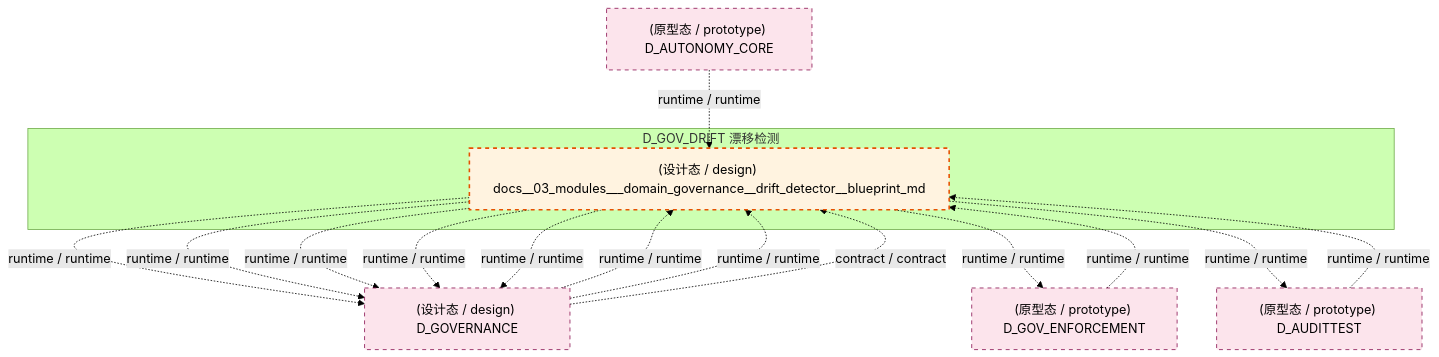
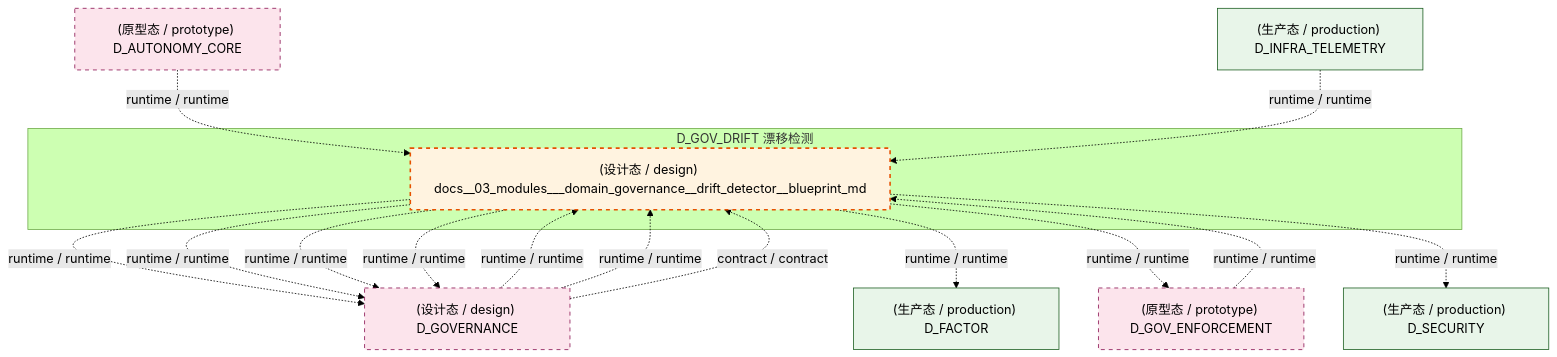
The first of 3 diagrams in docs/02_enterprise_architecture/02_domain_architecture_docs/34_d_gov_drift.md (xuanFelixVan/ZephyrAlpha), drawn with Mermaid (forest theme) before and after one commit. The commit also changed other lines of this file and 99 other files, not shown here.

````diff
--- a/docs/02_enterprise_architecture/02_domain_architecture_docs/34_d_gov_drift.md
+++ b/docs/02_enterprise_architecture/02_domain_architecture_docs/34_d_gov_drift.md
@@ -64,29 +64,32 @@
 ```mermaid
 graph TD
     subgraph D_GOV_DRIFT["D_GOV_DRIFT 漂移检测"]
         docs_03_modules_domain_governance_drift_detector_blueprint_md["(设计态 / design) docs__03_modules___domain_governance__drift_detector__blueprint_md"]
     end
     D_GOVERNANCE["(设计态 / design) D_GOVERNANCE"]
     docs_03_modules_domain_governance_drift_detector_blueprint_md -.->|runtime / runtime| D_GOVERNANCE
-    docs_03_modules_domain_governance_drift_detector_blueprint_md -.->|runtime / runtime| D_GOVERNANCE
+    D_FACTOR["(生产态 / production) D_FACTOR"]
+    docs_03_modules_domain_governance_drift_detector_blueprint_md -.->|runtime / runtime| D_FACTOR
     D_GOV_ENFORCEMENT["(原型态 / prototype) D_GOV_ENFORCEMENT"]
     docs_03_modules_domain_governance_drift_detector_blueprint_md -.->|runtime / runtime| D_GOV_ENFORCEMENT
-    D_AUDITTEST["(原型态 / prototype) D_AUDITTEST"]
-    docs_03_modules_domain_governance_drift_detector_blueprint_md -.->|runtime / runtime| D_AUDITTEST
+    D_SECURITY["(生产态 / production) D_SECURITY"]
+    docs_03_modules_domain_governance_drift_detector_blueprint_md -.->|runtime / runtime| D_SECURITY
     docs_03_modules_domain_governance_drift_detector_blueprint_md -.->|runtime / runtime| D_GOVERNANCE
     docs_03_modules_domain_governance_drift_detector_blueprint_md -.->|runtime / runtime| D_GOVERNANCE
     docs_03_modules_domain_governance_drift_detector_blueprint_md -.->|runtime / runtime| D_GOVERNANCE
     D_GOV_ENFORCEMENT -.->|runtime / runtime| docs_03_modules_domain_governance_drift_detector_blueprint_md
     D_GOVERNANCE -.->|runtime / runtime| docs_03_modules_domain_governance_drift_detector_blueprint_md
     D_GOVERNANCE -.->|runtime / runtime| docs_03_modules_domain_governance_drift_detector_blueprint_md
     D_GOVERNANCE -.->|contract / contract| docs_03_modules_domain_governance_drift_detector_blueprint_md
     D_AUTONOMY_CORE["(原型态 / prototype) D_AUTONOMY_CORE"]
     D_AUTONOMY_CORE -.->|runtime / runtime| docs_03_modules_domain_governance_drift_detector_blueprint_md
-    D_AUDITTEST -.->|runtime / runtime| docs_03_modules_domain_governance_drift_detector_blueprint_md
+    D_INFRA_TELEMETRY["(生产态 / production) D_INFRA_TELEMETRY"]
+    D_INFRA_TELEMETRY -.->|runtime / runtime| docs_03_modules_domain_governance_drift_detector_blueprint_md
     classDef production fill:#e1f5fe,stroke:#01579b,stroke-width:2px,color:#000
     classDef design fill:#fff3e0,stroke:#e65100,stroke-width:2px,color:#000,stroke-dasharray: 5 5
     classDef external_prod fill:#e8f5e9,stroke:#1b5e20,stroke-width:1px,color:#000
     classDef external_design fill:#fce4ec,stroke:#880e4f,stroke-width:1px,color:#000,stroke-dasharray: 5 5
     class docs_03_modules_domain_governance_drift_detector_blueprint_md design
-    class D_GOVERNANCE,D_GOV_ENFORCEMENT,D_AUDITTEST,D_AUTONOMY_CORE external_design
+    class D_FACTOR,D_SECURITY,D_INFRA_TELEMETRY external_prod
+    class D_GOVERNANCE,D_GOV_ENFORCEMENT,D_AUTONOMY_CORE external_design
 ```
````
